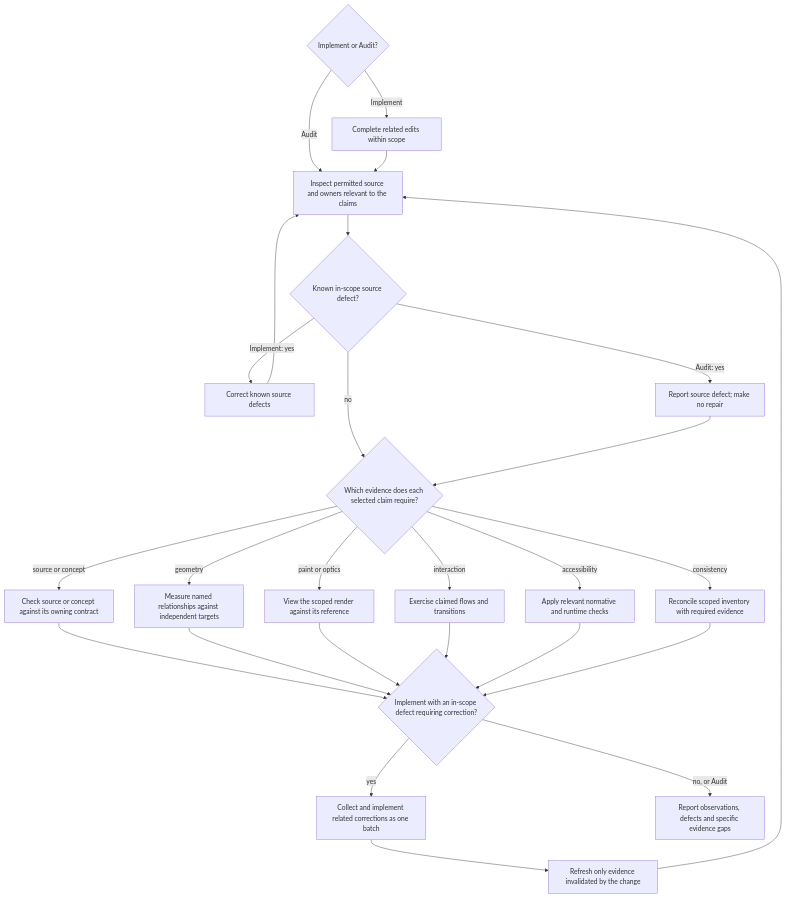
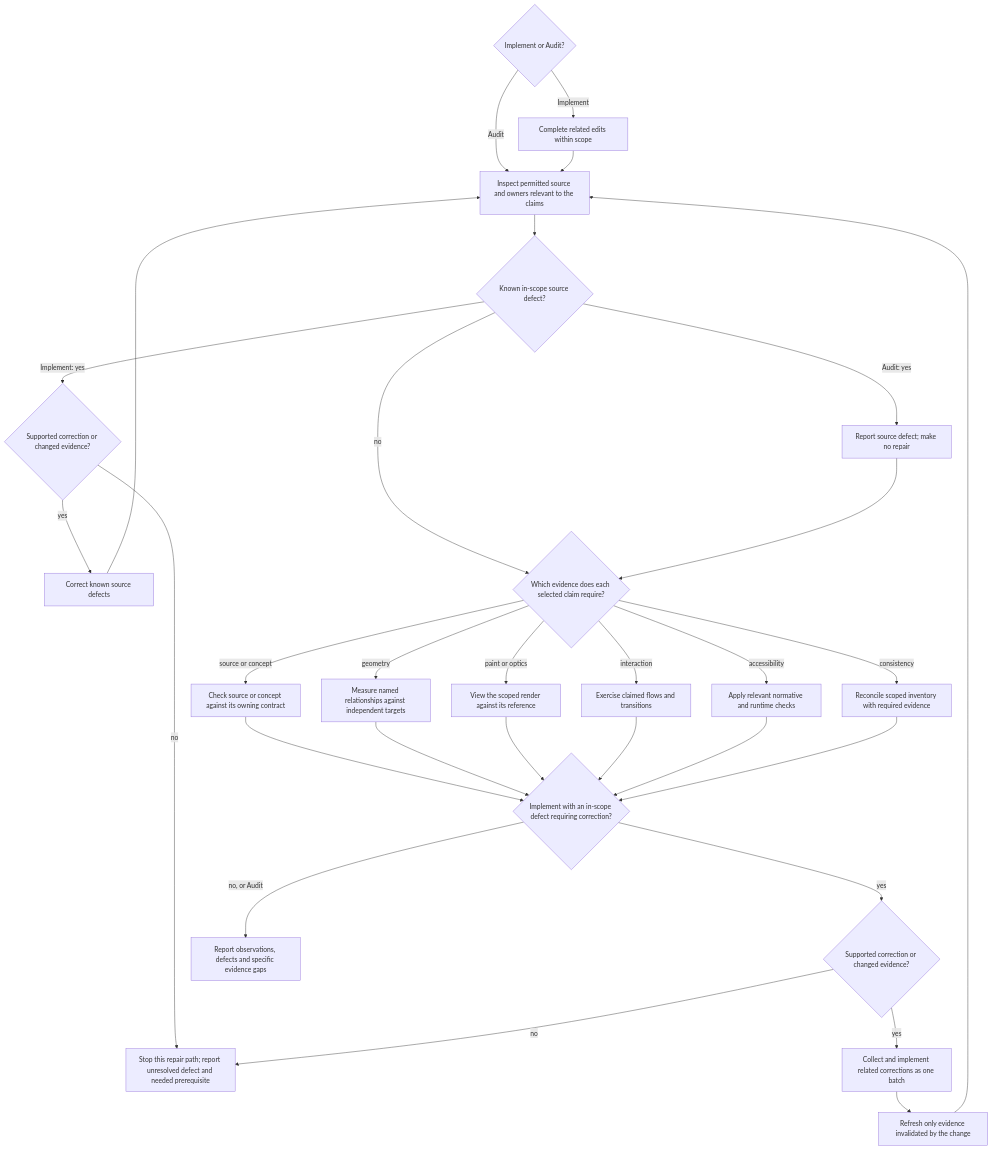
Before and after one commit to benjaminstelzer/scoville-suite-for-codex-mainloop: the diagram in members/scoville-ui/scoville-ui/references/validation.md, drawn with Mermaid. The commit also changed other lines of this file and 128 other files, not shown here.

````diff
--- a/members/scoville-ui/scoville-ui/references/validation.md
+++ b/members/scoville-ui/scoville-ui/references/validation.md
@@ -100,29 +100,33 @@
 ```mermaid
 flowchart TD
   mode{"Implement or Audit?"}
   mode -->|Implement| batch["Complete related edits within scope"]
   mode -->|Audit| source["Inspect permitted source and owners relevant to the claims"]
   batch --> source
   source --> defect{"Known in-scope source defect?"}
-  defect -->|Implement: yes| fix["Correct known source defects"]
+  defect -->|Implement: yes| approach{"Supported correction or changed evidence?"}
+  approach -->|yes| fix["Correct known source defects"]
+  approach -->|no| stalled["Stop this repair path; report unresolved defect and needed prerequisite"]
   defect -->|Audit: yes| note["Report source defect; make no repair"]
   defect -->|no| claim{"Which evidence does each selected claim require?"}
   fix --> source
   note --> claim
   claim -->|source or concept| reasoning["Check source or concept against its owning contract"]
   claim -->|geometry| measure["Measure named relationships against independent targets"]
   claim -->|paint or optics| sight["View the scoped render against its reference"]
   claim -->|interaction| interact["Exercise claimed flows and transitions"]
   claim -->|accessibility| access["Apply relevant normative and runtime checks"]
   claim -->|consistency| coverage["Reconcile scoped inventory with required evidence"]
   reasoning --> result{"Implement with an in-scope defect requiring correction?"}
   measure --> result
   sight --> result
   interact --> result
   access --> result
   coverage --> result
-  result -->|yes| correct["Collect and implement related corrections as one batch"]
+  result -->|yes| nextApproach{"Supported correction or changed evidence?"}
+  nextApproach -->|yes| correct["Collect and implement related corrections as one batch"]
+  nextApproach -->|no| stalled
   correct --> refresh["Refresh only evidence invalidated by the change"]
   refresh --> source
   result -->|no, or Audit| report["Report observations, defects and specific evidence gaps"]
 ```
````
